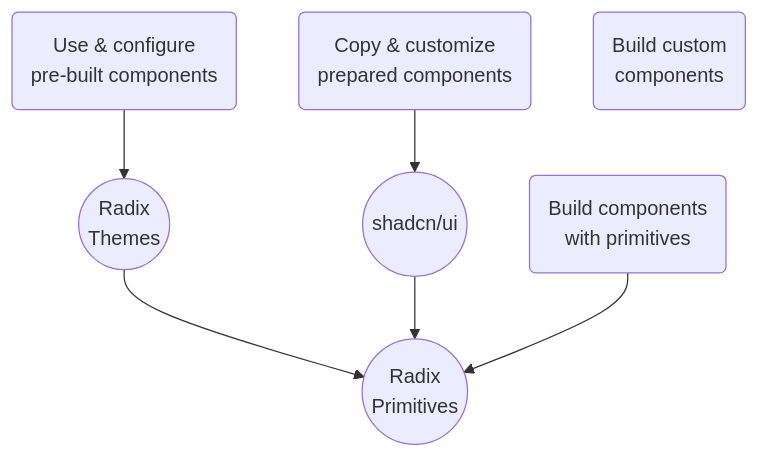
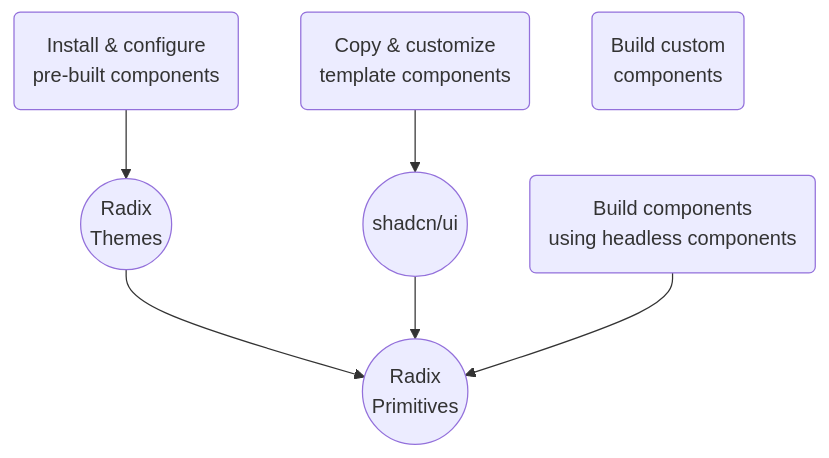
The fifth of 5 diagrams in slides.md (hupf/techkafi-headless-components), drawn with Mermaid before and after one commit. The commit also changed other lines of this file, not shown here.

````diff
--- a/slides.md
+++ b/slides.md
@@ -349,16 +395,16 @@
 ```mermaid
 flowchart TD
     P((Radix<br>Primitives))
     T((Radix<br>Themes))
     S((shadcn/ui))
-    A(Use & configure<br>pre-built components)
-    B(Copy & customize<br>prepared components)
-    C(Build components<br>with primitives)
+    A(Install & configure<br>pre-built components)
+    B(Copy & customize<br>template components)
+    C(Build components<br>using headless components)
     D(Build custom<br>components)
     
     T --> P
     S --> P
     A --> T
     B --> S
     C --> P
 ```
````
